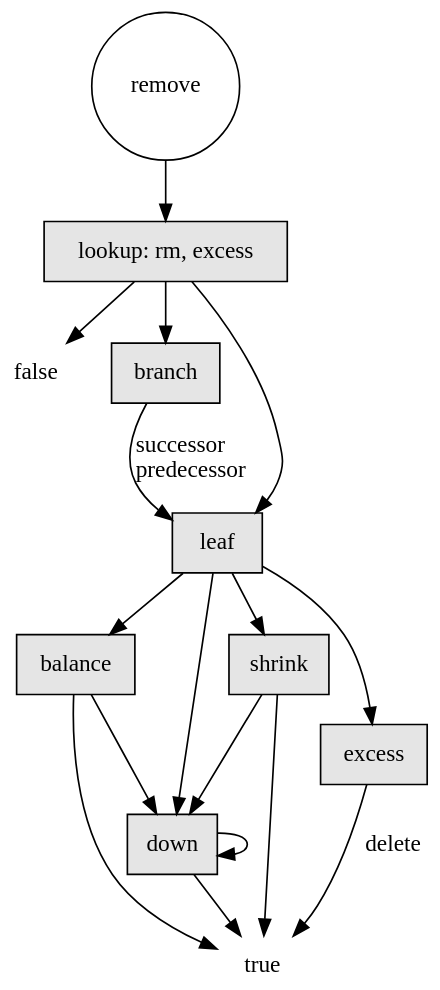
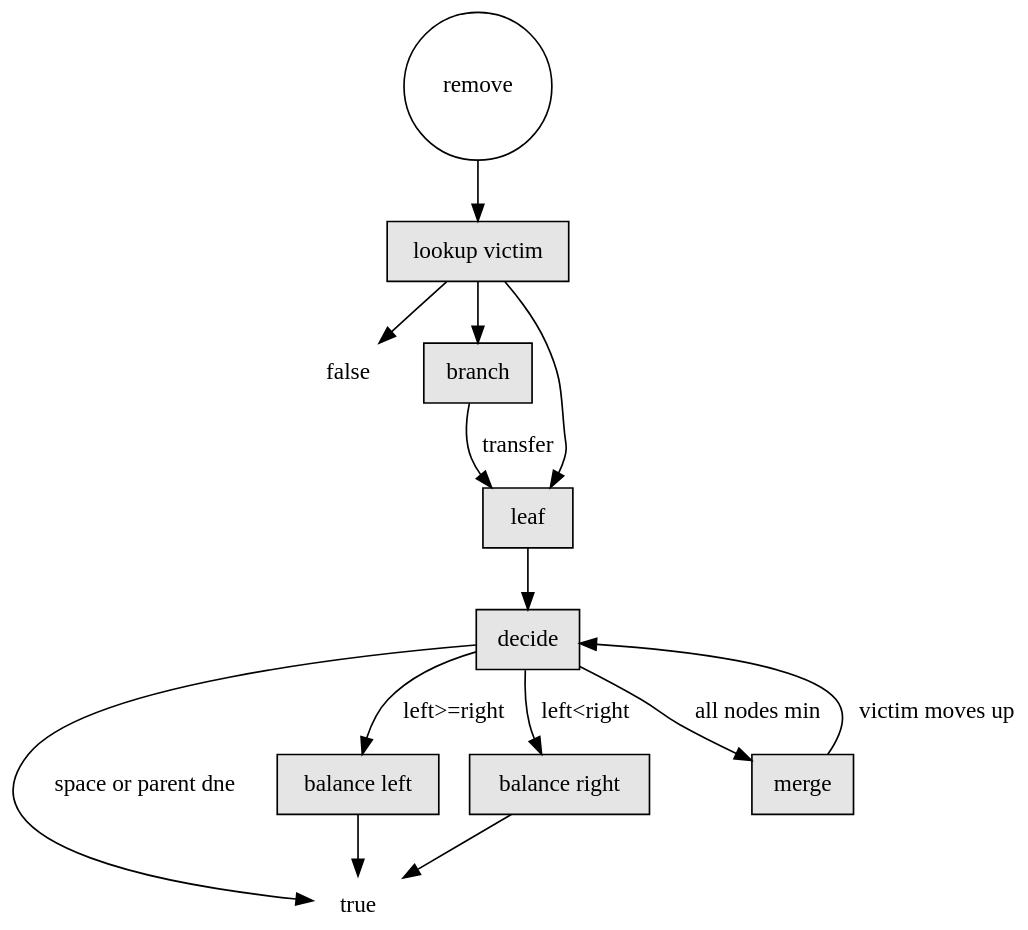
The diagram in doc/remove.gv (neil-edelman/boxes), drawn with Graphviz before and after one commit. The commit also changed 3 other files, not shown here.

```diff
--- a/doc/remove.gv
+++ b/doc/remove.gv
@@ -1,26 +1,24 @@
 digraph {
 	graph [truecolor=true, bgcolor=transparent, fontname="Bitstream Vera Sans"];
 	node [shape=box, style=filled, fontname="Bitstream Vera Sans", fillcolor="Grey90"];
 	edge [fontname="Bitstream Vera Sans"];
-
 	remove [shape=circle, style=none];
-	lookup [label="lookup: rm, excess"];
+	lookup [label="lookup victim"];
 	remove -> lookup;
 	lookup -> false;
 	lookup -> branch;
 	lookup -> leaf;
-	branch -> leaf [label="successor\lpredecessor\l"];
-	leaf -> balance;
-	leaf -> down;
-	leaf -> shrink;
-	leaf -> excess;
-	balance -> down;
-	down -> down;
-	down -> true;
-	balance -> true;
-	shrink -> down;
-	shrink -> true;
-	excess -> true [label="delete"];
+	branch -> leaf [label="transfer"];
+	leaf -> decide;
+	decide -> true [label="space or parent dne"];
+	left [label="balance left"];
+	decide -> left [label="left>=right"];
+	left -> true;
+	right [label="balance right"];
+	decide -> right [label="left<right"];
+	right -> true;
+	decide -> merge [label="all nodes min"];
+	merge -> decide [label="victim moves up"];
 	true [shape=none, style=none];
 	false [shape=none, style=none];
 }
```
